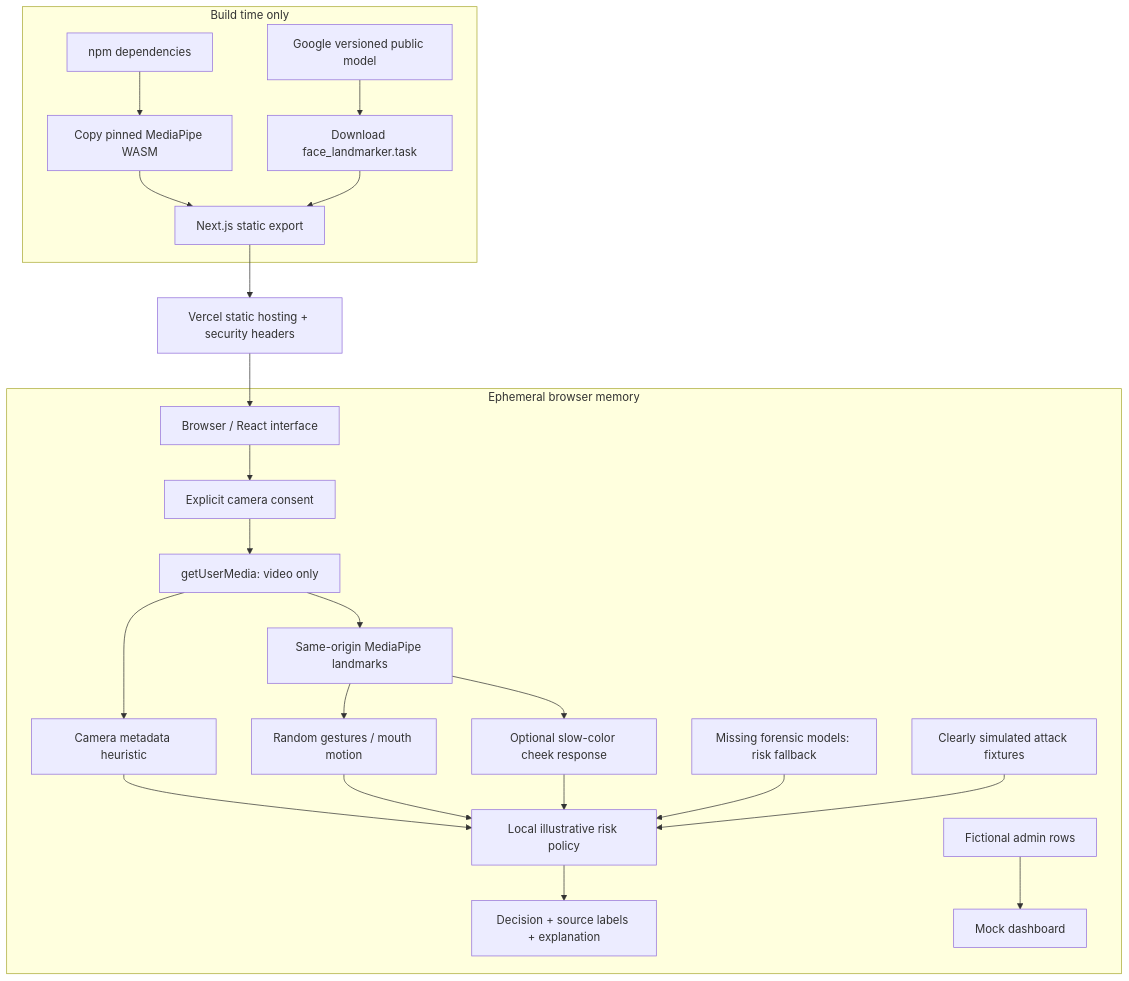
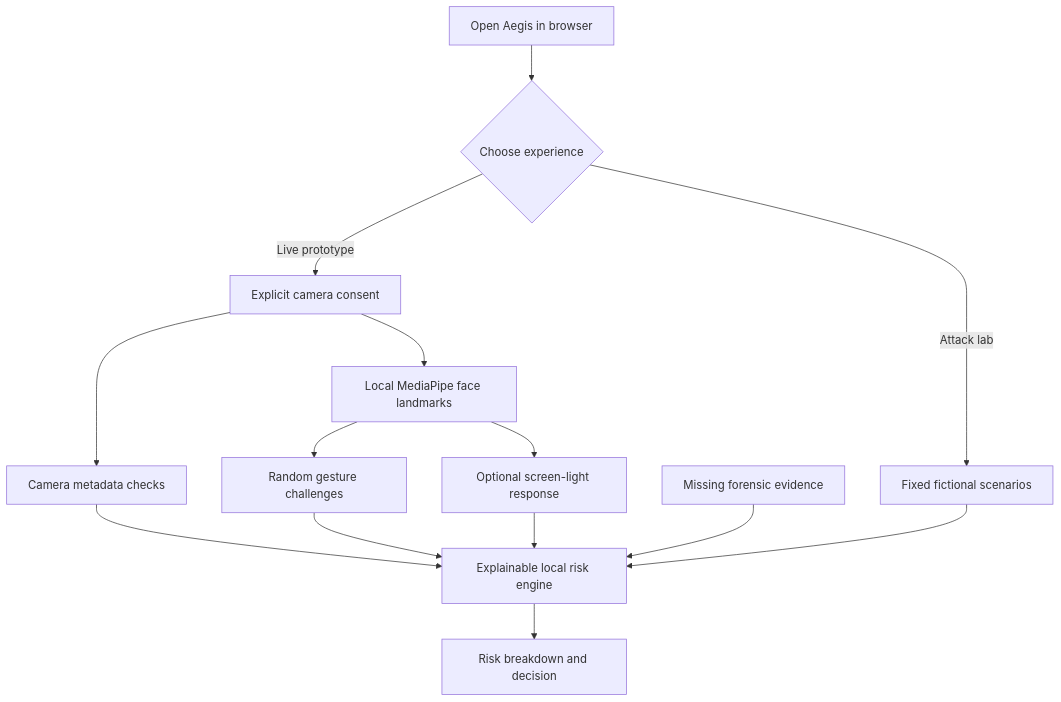
Before and after one commit to amnnsh/aegis-presence: the diagram in README.md, drawn with Mermaid. The commit also changed other lines of this file, not shown here.

````diff
--- a/README.md
+++ b/README.md
@@ -82,26 +48,16 @@
 ```mermaid
 flowchart TD
-  subgraph Build[Build time only]
-    N[npm dependencies] --> W[Copy pinned MediaPipe WASM]
-    G[Google versioned public model] --> M[Download face_landmarker.task]
-    W --> E[Next.js static export]
-    M --> E
-  end
-  E --> H[Vercel static hosting + security headers]
-  H --> UI[Browser / React interface]
-  subgraph Tab[Ephemeral browser memory]
-    UI --> Consent[Explicit camera consent]
-    Consent --> Cam[getUserMedia: video only]
-    Cam --> Metadata[Camera metadata heuristic]
-    Cam --> MP[Same-origin MediaPipe landmarks]
-    MP --> Gestures[Random gestures / mouth motion]
-    MP --> Light[Optional slow-color cheek response]
-    Metadata --> Risk[Local illustrative risk policy]
-    Gestures --> Risk
-    Light --> Risk
-    Missing[Missing forensic models: risk fallback] --> Risk
-    Fixtures[Clearly simulated attack fixtures] --> Risk
-    Risk --> Result[Decision + source labels + explanation]
-    Mock[Fictional admin rows] --> Dashboard[Mock dashboard]
-  end
+    A[Open Aegis in browser] --> B{Choose experience}
+    B -->|Live prototype| C[Explicit camera consent]
+    B -->|Attack lab| L[Fixed fictional scenarios]
+    C --> D[Camera metadata checks]
+    C --> E[Local MediaPipe face landmarks]
+    E --> F[Random gesture challenges]
+    E --> G[Optional screen-light response]
+    D --> H[Explainable local risk engine]
+    F --> H
+    G --> H
+    I[Missing forensic evidence] --> H
+    L --> H
+    H --> J[Risk breakdown and decision]
 ```
````
